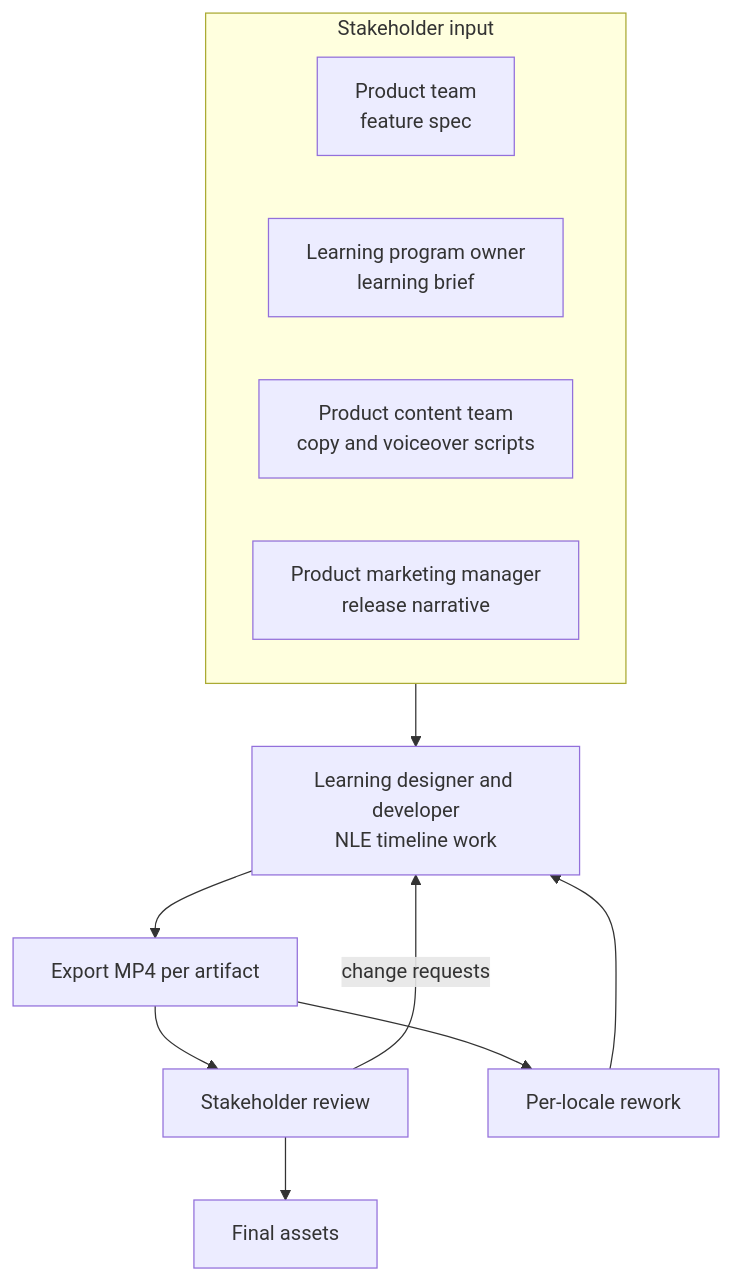
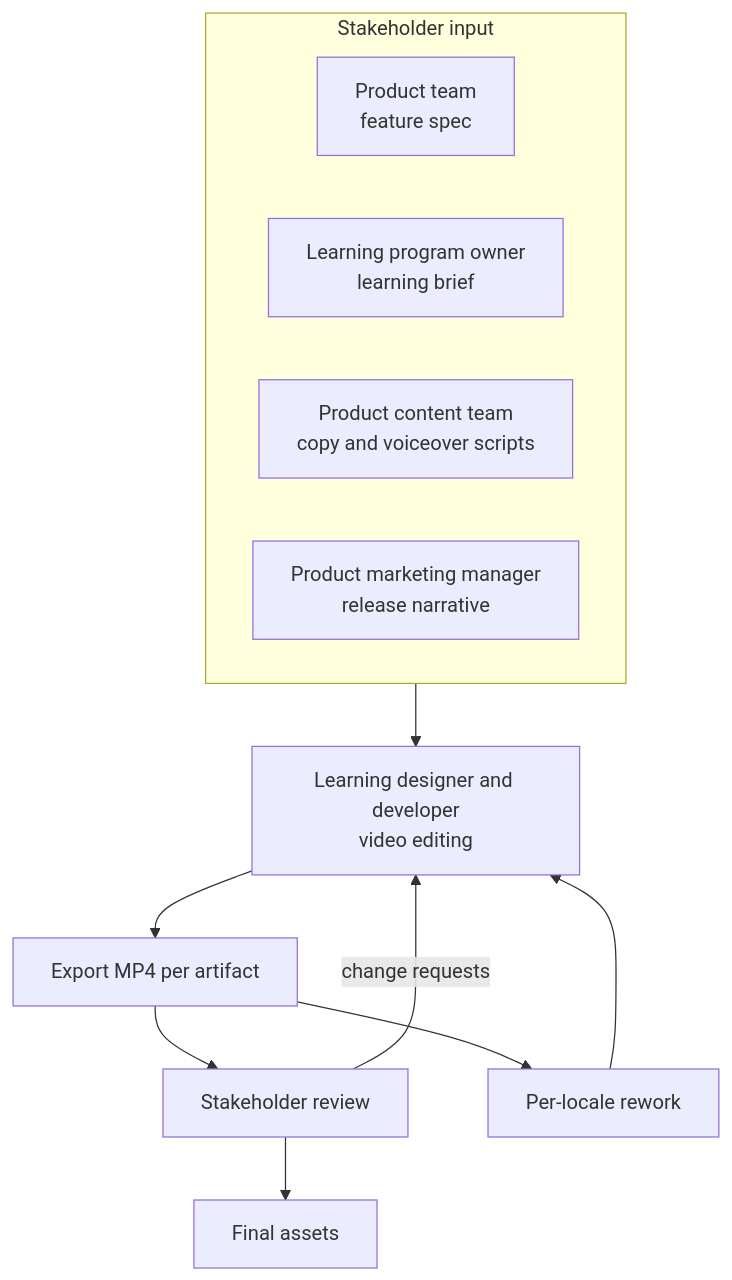
The fifth of 8 diagrams in content/posts/video-production-to-dev-workflow-editframe-test-drive/index.md (bilarikan/bilarikan.github.io), drawn with Mermaid before and after one commit. The commit also changed other lines of this file and 1 other file, not shown here.

First line of the commit message:
Post: drop NLE jargon, depersonalize, optimize screenshot

```diff
--- a/content/posts/video-production-to-dev-workflow-editframe-test-drive/index.md
+++ b/content/posts/video-production-to-dev-workflow-editframe-test-drive/index.md
@@ -262,24 +262,24 @@
 {{< mermaid >}}
 flowchart TD
   subgraph stakeholders[Stakeholder input]
     direction LR
     spec[Product team<br/>feature spec]
     lpo[Learning program owner<br/>learning brief]
     pc[Product content team<br/>copy and voiceover scripts]
     pmm[Product marketing manager<br/>release narrative]
   end
 
-  ldd[Learning designer and developer<br/>NLE timeline work]
+  ldd[Learning designer and developer<br/>video editing]
   exportv[Export MP4 per artifact]
   review[Stakeholder review]
   loc[Per-locale rework]
   final[Final assets]
 
   stakeholders --> ldd
   ldd --> exportv
   exportv --> review
   review -->|change requests| ldd
   exportv --> loc
   loc --> ldd
   review --> final
 {{< /mermaid >}}
```
